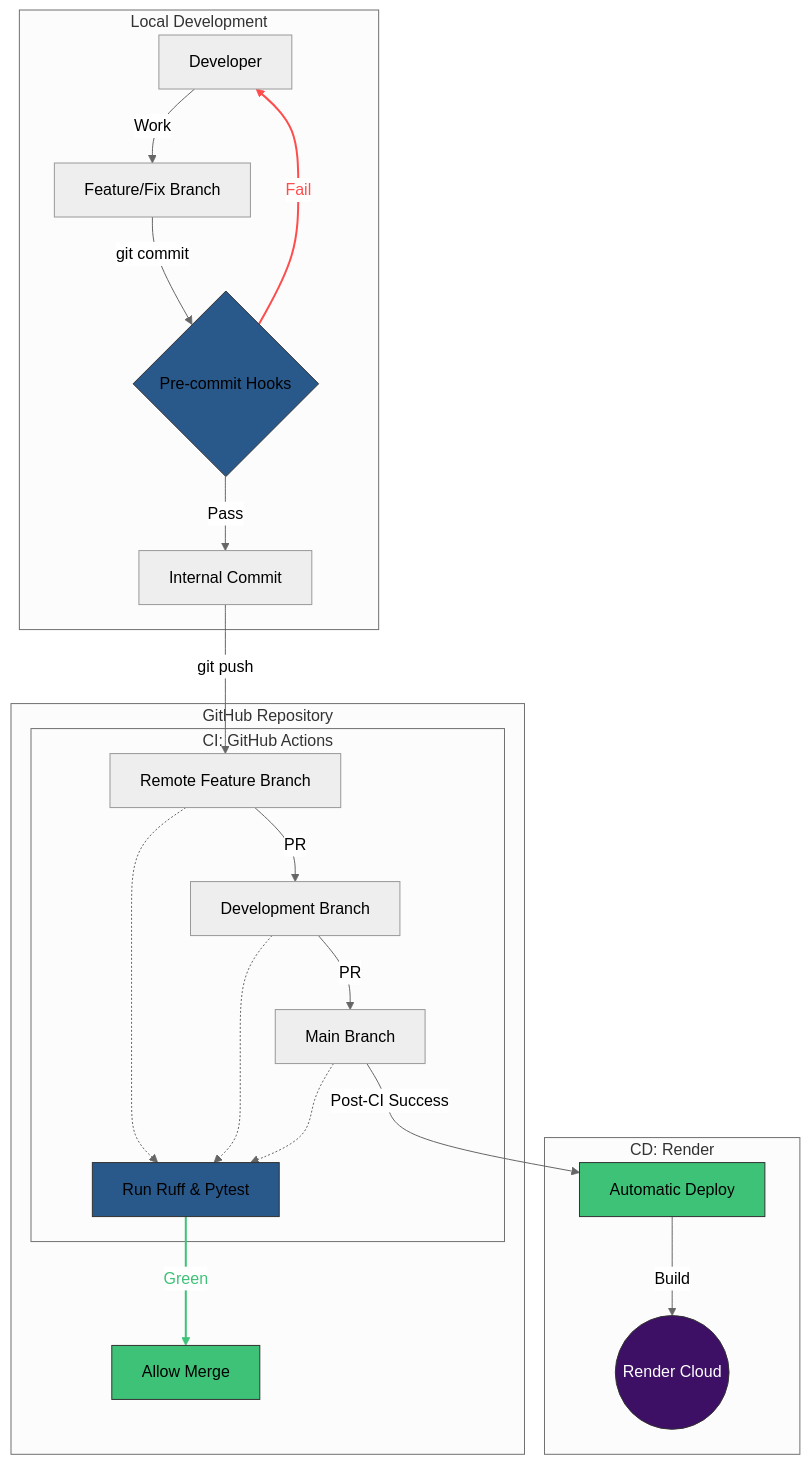
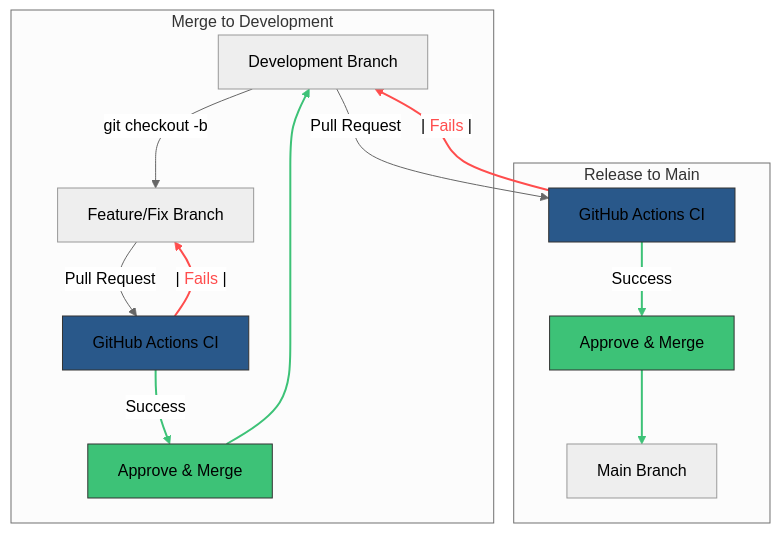
The fourth of 4 diagrams in README.md (EmanuelRodriguezBedeman/fastapi-analytics-project), drawn with Mermaid (neutral theme) before and after one commit.

Commit message:
Feat: Updated branching strategy mermaid to be more self-explanitory about the process

````diff
--- a/README.md
+++ b/README.md
@@ -294,38 +294,39 @@
 ```mermaid
 graph TD
-    subgraph Local_Dev [Local Development]
-        Dev[Developer] -->|Work| Branch[Feature/Fix Branch]
-        Branch -->|git commit| PreCommit{Pre-commit Hooks}
-        PreCommit -->| <span style="color:#ff4d4d">Fail</span> | Dev
-        PreCommit -->|Pass| Commit[Internal Commit]
+    DevBranch[Development Branch]
+    MainBranch[Main Branch]
+
+    %% Branching
+    DevBranch -->|git checkout -b| NewBranch[Feature/Fix Branch]
+
+    %% First Stage: Feature to Dev
+    subgraph Feature_to_Dev [Merge to Development]
+        NewBranch -->|Pull Request| CI1[GitHub Actions CI]
+        CI1 -->|Success| Merge1[Approve & Merge]
+        Merge1 --> DevBranch
     end
 
-    subgraph GitHub_Remote [GitHub Repository]
-        Commit -->|git push| RemoteBranch[Remote Feature Branch]
-        RemoteBranch -->|PR| DevBranch[Development Branch]
-        DevBranch -->|PR| MainBranch[Main Branch]
-        
-        subgraph CI_Pipeline [CI: GitHub Actions]
-            RemoteBranch -.-> CI[Run Ruff & Pytest]
-            DevBranch -.-> CI
-            MainBranch -.-> CI
-        end
-        
-        CI -->| <span style="color:#3DC277">Green</span> | Merge[Allow Merge]
+    %% Second Stage: Dev to Main
+    subgraph Dev_to_Main [Release to Main]
+        DevBranch -->|Pull Request| CI2[GitHub Actions CI]
+        CI2 -->|Success| Merge2[Approve & Merge]
+        Merge2 --> MainBranch
     end
 
-    subgraph CD_Pipeline [CD: Render]
-        MainBranch -->|Post-CI Success| CD[Automatic Deploy]
-        CD -->|Build| Render((Render Cloud))
-    end
+    %% Failure paths
+    CI1 --| <span style="color:#ff4d4d">Fails</span> |--> NewBranch
+    CI2 --| <span style="color:#ff4d4d">Fails</span> |--> DevBranch
 
     %% Styling
-    style PreCommit fill:#29588A,stroke:#333
-    style CI fill:#29588A,stroke:#333
-    style Merge fill:#3DC277,stroke:#333,color:#000
-    style CD fill:#3DC277,stroke:#333,color:#000
-    style Render fill:#3D1065,stroke:#333,color:#fff
+    style CI1 fill:#29588A,stroke:#333
+    style CI2 fill:#29588A,stroke:#333
+    style Merge1 fill:#3DC277,stroke:#333
+    style Merge2 fill:#3DC277,stroke:#333
 
-    linkStyle 2 stroke:#ff4d4d,stroke-width:2px
-    linkStyle 10 stroke:#3DC277,stroke-width:2px
+    linkStyle 2 stroke:#3DC277,stroke-width:2px
+    linkStyle 3 stroke:#3DC277,stroke-width:2px
+    linkStyle 5 stroke:#3DC277,stroke-width:2px
+    linkStyle 6 stroke:#3DC277,stroke-width:2px
+    linkStyle 7 stroke:#ff4d4d,stroke-width:2px
+    linkStyle 8 stroke:#ff4d4d,stroke-width:2px
 ```
````
